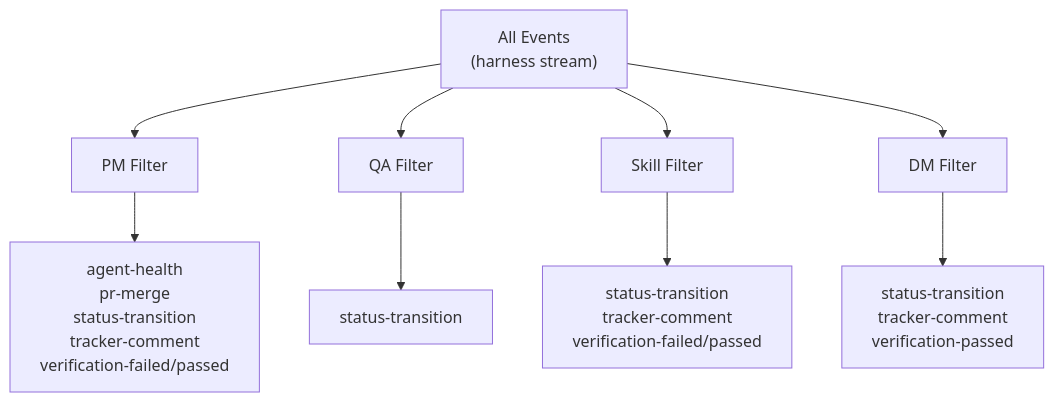
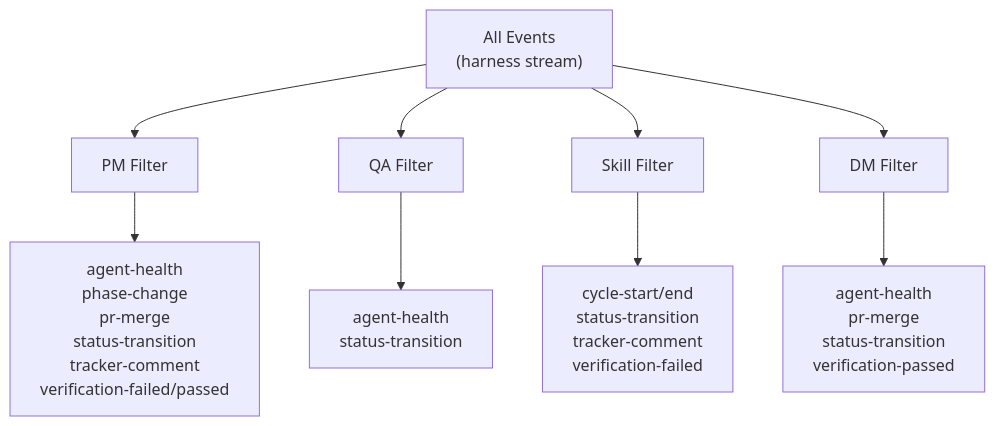
One commit to WallyDoodlez/SquidSquad changed the third of 6 diagrams in docs/event-bus.md. Above: the diagram before and after it, drawn with Mermaid. The commit also changed other lines of this file, not shown here.

First line of the commit message:
dm: fix QA findings — three-tier model, correct role filters, phase-change (#6085)

````diff
--- a/docs/event-bus.md
+++ b/docs/event-bus.md
@@ -123,17 +130,17 @@
 ```mermaid
 graph TD
     EVENTS["All Events<br/>(harness stream)"]
 
     EVENTS --> PM_FILTER["PM Filter"]
     EVENTS --> QA_FILTER["QA Filter"]
     EVENTS --> SKILL_FILTER["Skill Filter"]
     EVENTS --> DM_FILTER["DM Filter"]
 
-    PM_FILTER --> PM_EVENTS["agent-health<br/>pr-merge<br/>status-transition<br/>tracker-comment<br/>verification-failed/passed"]
+    PM_FILTER --> PM_EVENTS["agent-health<br/>phase-change<br/>pr-merge<br/>status-transition<br/>tracker-comment<br/>verification-failed/passed"]
 
-    QA_FILTER --> QA_EVENTS["status-transition"]
+    QA_FILTER --> QA_EVENTS["agent-health<br/>status-transition"]
 
-    SKILL_FILTER --> SKILL_EVENTS["status-transition<br/>tracker-comment<br/>verification-failed/passed"]
+    SKILL_FILTER --> SKILL_EVENTS["cycle-start/end<br/>status-transition<br/>tracker-comment<br/>verification-failed"]
 
-    DM_FILTER --> DM_EVENTS["status-transition<br/>tracker-comment<br/>verification-passed"]
+    DM_FILTER --> DM_EVENTS["agent-health<br/>pr-merge<br/>status-transition<br/>verification-passed"]
 ```
````
